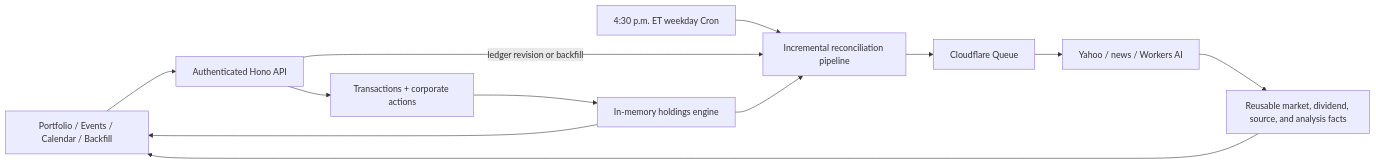
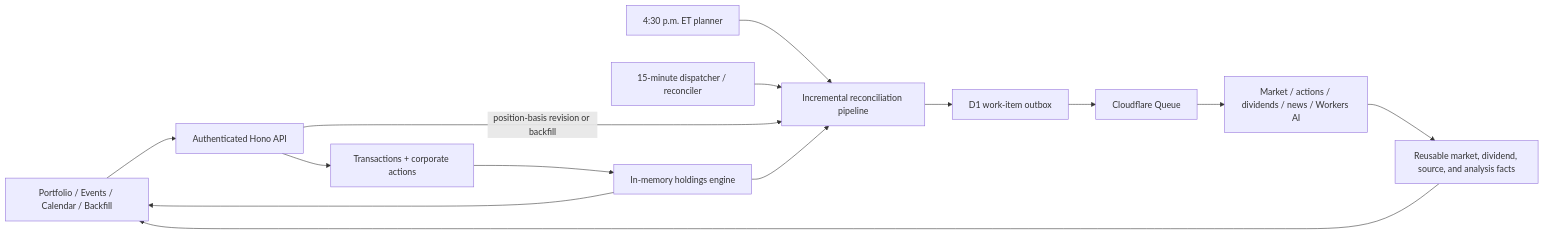
The diagram in docs/superpowers/specs/2026-07-10-portfolio-ledger-calendar-expansion-design.md (kpsuperplane/stock-tracker), drawn with Mermaid before and after one commit. The commit also changed other lines of this file, not shown here.

Commit message:
docs: harden portfolio ledger architecture

````diff
--- a/docs/superpowers/specs/2026-07-10-portfolio-ledger-calendar-expansion-design.md
+++ b/docs/superpowers/specs/2026-07-10-portfolio-ledger-calendar-expansion-design.md
@@ -92,14 +111,16 @@
 ```mermaid
 flowchart LR
     UI["Portfolio / Events / Calendar / Backfill"] --> API["Authenticated Hono API"]
     API --> LEDGER["Transactions + corporate actions"]
     LEDGER --> HOLDINGS["In-memory holdings engine"]
     HOLDINGS --> UI
-    CRON["4:30 p.m. ET weekday Cron"] --> PIPE["Incremental reconciliation pipeline"]
-    API -->|"ledger revision or backfill"| PIPE
-    PIPE --> QUEUE["Cloudflare Queue"]
-    QUEUE --> PROVIDERS["Yahoo / news / Workers AI"]
+    CRON["4:30 p.m. ET planner"] --> PIPE["Incremental reconciliation pipeline"]
+    DISPATCH["15-minute dispatcher / reconciler"] --> PIPE
+    API -->|"position-basis revision or backfill"| PIPE
+    PIPE --> WORK["D1 work-item outbox"]
+    WORK --> QUEUE["Cloudflare Queue"]
+    QUEUE --> PROVIDERS["Market / actions / dividends / news / Workers AI"]
     PROVIDERS --> FACTS["Reusable market, dividend, source, and analysis facts"]
     FACTS --> UI
     HOLDINGS --> PIPE
 ```
````
